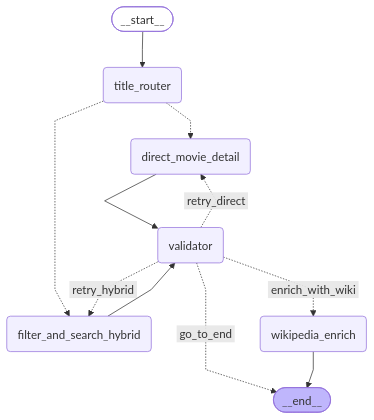
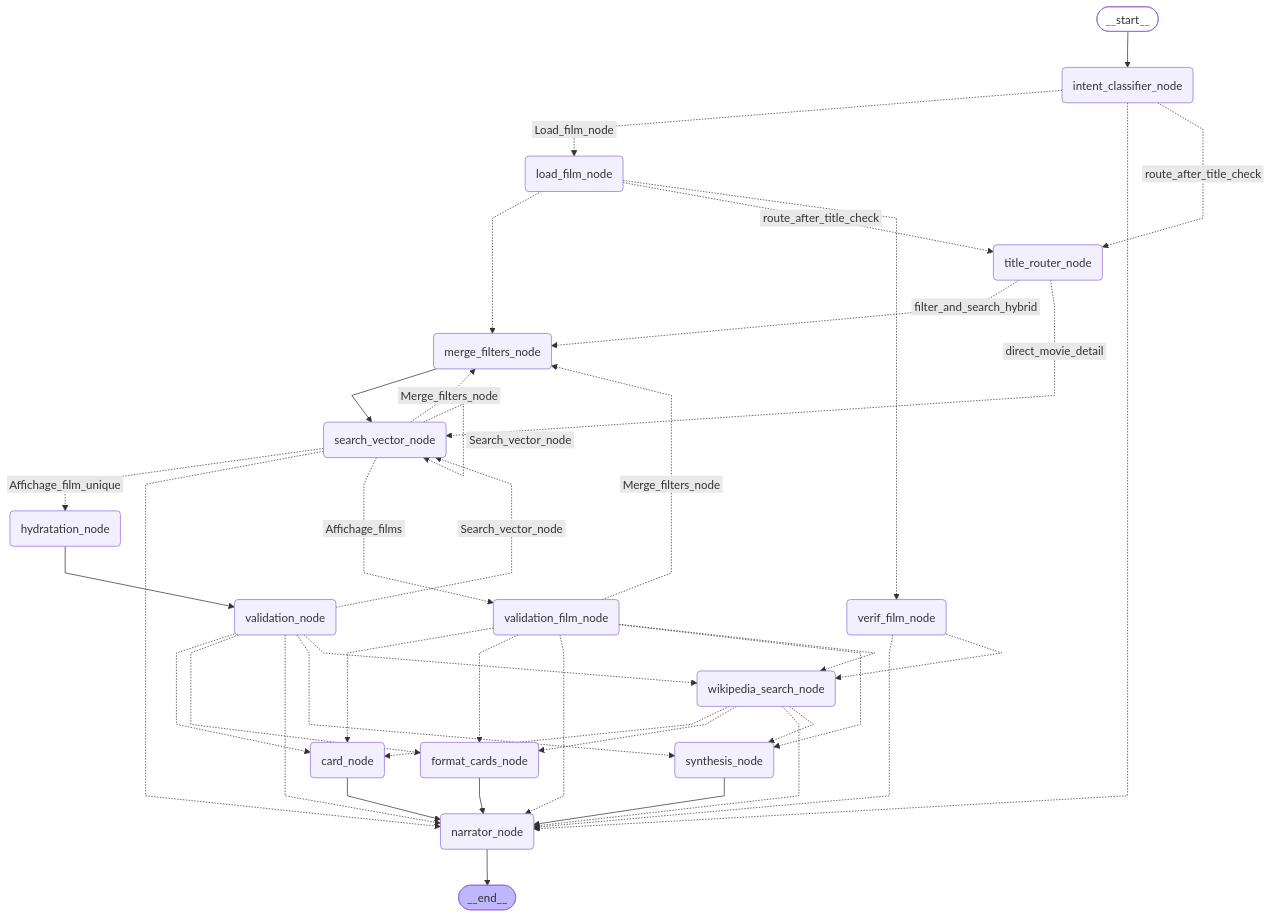
Before and after one commit to Lionel-JOURDHIER/HorRAGor_2: the diagram in api/graph.mmd, drawn with Mermaid. The commit also changed 16 other files, not shown here.

Commit message:
fix: routes.py chat_stream_final chat reponce FilmShort / FilmDetail, schemas ChatResponse, tests for api

```diff
--- a/api/graph.mmd
+++ b/api/graph.mmd
@@ -1,26 +1,63 @@
 ---
 config:
   flowchart:
     curve: linear
 ---
 graph TD;
 	__start__([<p>__start__</p>]):::first
-	title_router(title_router)
-	direct_movie_detail(direct_movie_detail)
-	filter_and_search_hybrid(filter_and_search_hybrid)
-	validator(validator)
-	wikipedia_enrich(wikipedia_enrich)
+	intent_classifier_node(intent_classifier_node)
+	title_router_node(title_router_node)
+	merge_filters_node(merge_filters_node)
+	search_vector_node(search_vector_node)
+	hydratation_node(hydratation_node)
+	validation_node(validation_node)
+	validation_film_node(validation_film_node)
+	format_cards_node(format_cards_node)
+	card_node(card_node)
+	load_film_node(load_film_node)
+	verif_film_node(verif_film_node)
+	wikipedia_search_node(wikipedia_search_node)
+	synthesis_node(synthesis_node)
+	narrator_node(narrator_node)
 	__end__([<p>__end__</p>]):::last
-	__start__ --> title_router;
-	direct_movie_detail --> validator;
-	filter_and_search_hybrid --> validator;
-	title_router -.-> direct_movie_detail;
-	title_router -.-> filter_and_search_hybrid;
-	validator -. &nbsp;go_to_end&nbsp; .-> __end__;
-	validator -. &nbsp;retry_direct&nbsp; .-> direct_movie_detail;
-	validator -. &nbsp;retry_hybrid&nbsp; .-> filter_and_search_hybrid;
-	validator -. &nbsp;enrich_with_wiki&nbsp; .-> wikipedia_enrich;
-	wikipedia_enrich --> __end__;
+	__start__ --> intent_classifier_node;
+	card_node --> narrator_node;
+	format_cards_node --> narrator_node;
+	hydratation_node --> validation_node;
+	intent_classifier_node -. &nbsp;Load_film_node&nbsp; .-> load_film_node;
+	intent_classifier_node -.-> narrator_node;
+	intent_classifier_node -. &nbsp;route_after_title_check&nbsp; .-> title_router_node;
+	load_film_node -.-> merge_filters_node;
+	load_film_node -. &nbsp;route_after_title_check&nbsp; .-> title_router_node;
+	load_film_node -.-> verif_film_node;
+	merge_filters_node --> search_vector_node;
+	search_vector_node -. &nbsp;Affichage_film_unique&nbsp; .-> hydratation_node;
+	search_vector_node -. &nbsp;Merge_filters_node&nbsp; .-> merge_filters_node;
+	search_vector_node -.-> narrator_node;
+	search_vector_node -. &nbsp;Affichage_films&nbsp; .-> validation_film_node;
+	synthesis_node --> narrator_node;
+	title_router_node -. &nbsp;filter_and_search_hybrid&nbsp; .-> merge_filters_node;
+	title_router_node -. &nbsp;direct_movie_detail&nbsp; .-> search_vector_node;
+	validation_film_node -.-> card_node;
+	validation_film_node -.-> format_cards_node;
+	validation_film_node -. &nbsp;Merge_filters_node&nbsp; .-> merge_filters_node;
+	validation_film_node -.-> narrator_node;
+	validation_film_node -.-> synthesis_node;
+	validation_film_node -.-> wikipedia_search_node;
+	validation_node -.-> card_node;
+	validation_node -.-> format_cards_node;
+	validation_node -.-> narrator_node;
+	validation_node -. &nbsp;Search_vector_node&nbsp; .-> search_vector_node;
+	validation_node -.-> synthesis_node;
+	validation_node -.-> wikipedia_search_node;
+	verif_film_node -.-> narrator_node;
+	verif_film_node -.-> wikipedia_search_node;
+	wikipedia_search_node -.-> card_node;
+	wikipedia_search_node -.-> format_cards_node;
+	wikipedia_search_node -.-> narrator_node;
+	wikipedia_search_node -.-> synthesis_node;
+	narrator_node --> __end__;
+	search_vector_node -. &nbsp;Search_vector_node&nbsp; .-> search_vector_node;
 	classDef default fill:#f2f0ff,line-height:1.2
 	classDef first fill-opacity:0
 	classDef last fill:#bfb6fc
```
